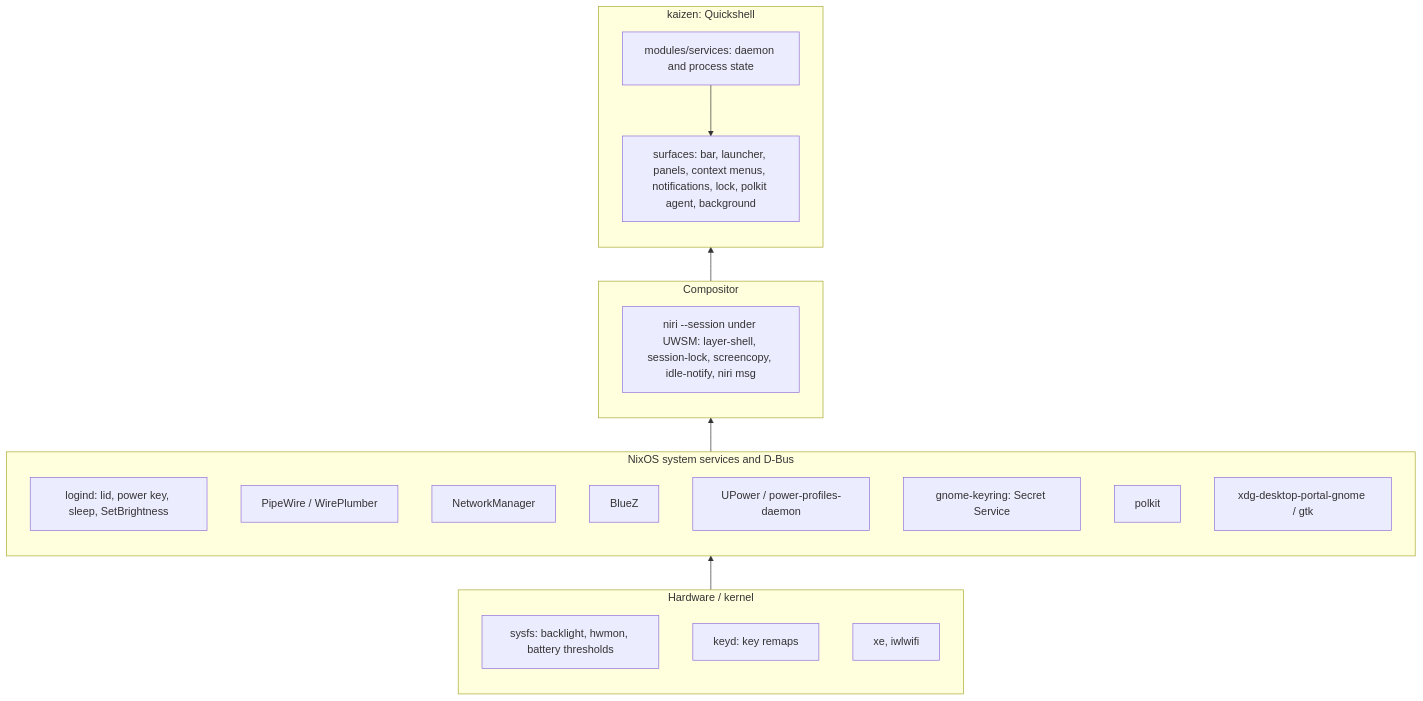
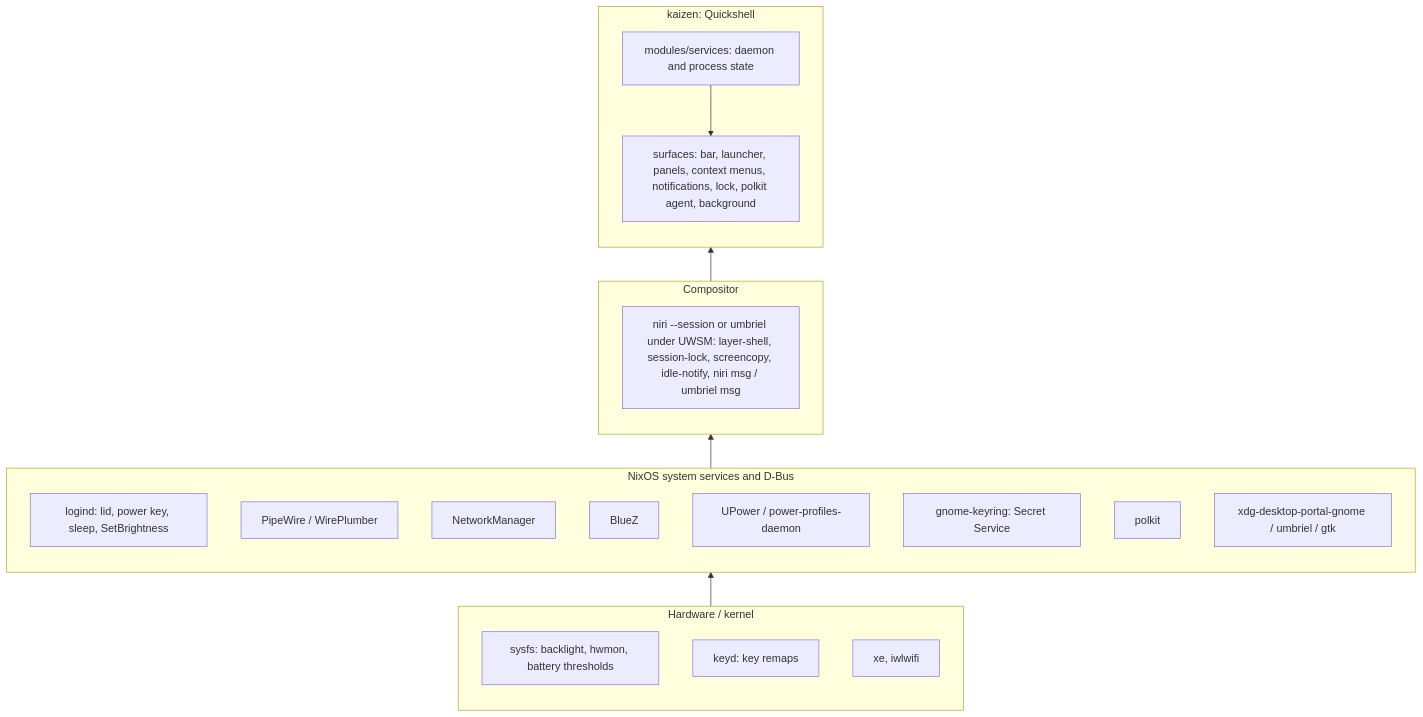
One commit to fredrikaverpil/dotfiles changed the diagram in kaizen/README.md. Above: the diagram before and after it, drawn with Mermaid. The commit also changed other lines of this file and 5 other files, not shown here.

````diff
--- a/kaizen/README.md
+++ b/kaizen/README.md
@@ -33,27 +33,27 @@
 ```mermaid
 flowchart BT
   subgraph HW[Hardware / kernel]
     sysfs[sysfs: backlight, hwmon, battery thresholds]
     keyd[keyd: key remaps]
     drv[xe, iwlwifi]
   end
   subgraph SYS[NixOS system services and D-Bus]
     logind[logind: lid, power key, sleep, SetBrightness]
     pw[PipeWire / WirePlumber]
     nm[NetworkManager]
     bluez[BlueZ]
     upower[UPower / power-profiles-daemon]
     keyring[gnome-keyring: Secret Service]
     polkitd[polkit]
-    portal[xdg-desktop-portal-gnome / gtk]
+    portal[xdg-desktop-portal-gnome / umbriel / gtk]
   end
   subgraph WM[Compositor]
-    niri["niri --session under UWSM: layer-shell, session-lock, screencopy, idle-notify, niri msg"]
+    niri["niri --session or umbriel under UWSM: layer-shell, session-lock, screencopy, idle-notify, niri msg / umbriel msg"]
   end
   subgraph SHELL[kaizen: Quickshell]
     svc[modules/services: daemon and process state]
     ui[surfaces: bar, launcher, panels, context menus, notifications, lock, polkit agent, background]
     svc --> ui
   end
   HW --> SYS --> WM --> SHELL
 ```
````
